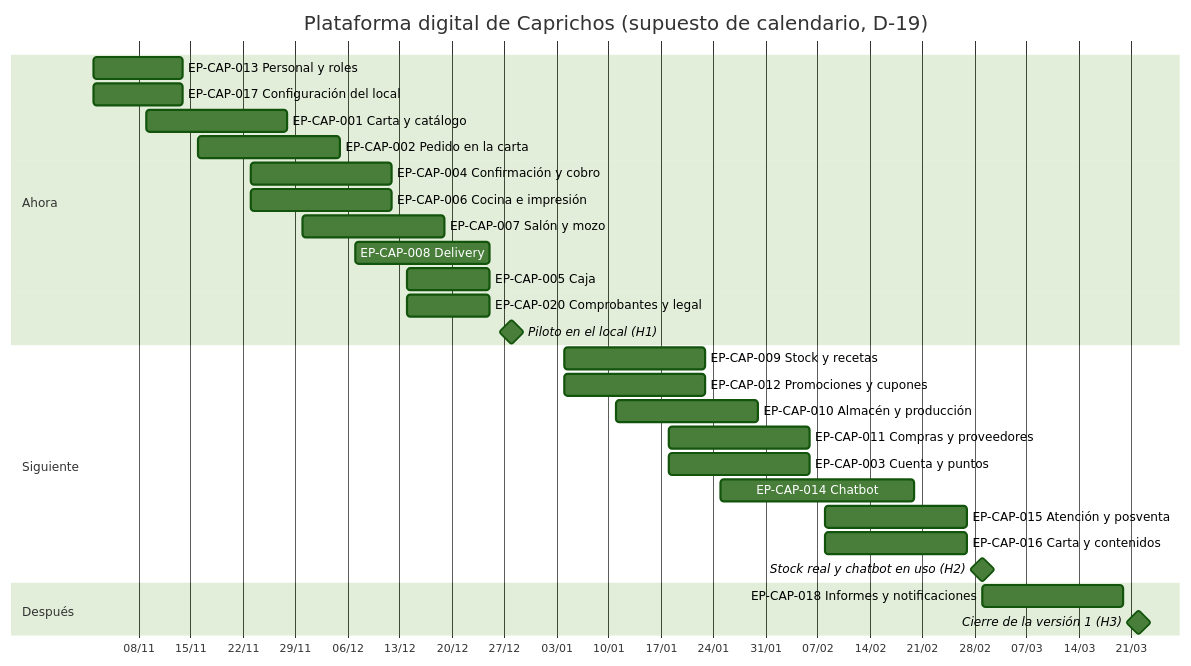
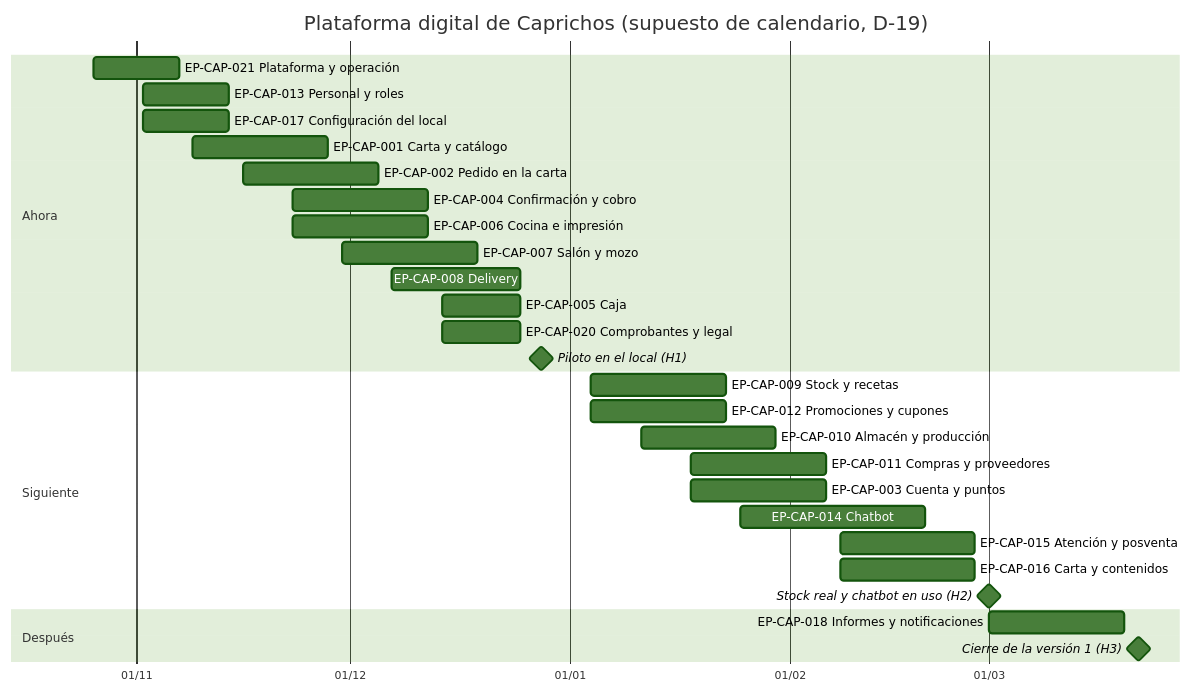
One commit to JoseEM26/caprichos changed the diagram in roadmap/PLT-01-roadmap.md. Above: the diagram before and after it, drawn with Mermaid (forest theme). The commit also changed other lines of this file and 78 other files, not shown here.

First line of the commit message:
Agrega la épica de plataforma y los documentos de operación

````diff
--- a/roadmap/PLT-01-roadmap.md
+++ b/roadmap/PLT-01-roadmap.md
@@ -55,31 +56,32 @@
 ```mermaid
 gantt
     title Plataforma digital de Caprichos (supuesto de calendario, D-19)
     dateFormat YYYY-MM-DD
     axisFormat %d/%m
     section Ahora
+    EP-CAP-021 Plataforma y operación      :a0, 2026-10-26, 12d
     EP-CAP-013 Personal y roles            :a1, 2026-11-02, 12d
     EP-CAP-017 Configuración del local     :a2, 2026-11-02, 12d
     EP-CAP-001 Carta y catálogo            :a3, 2026-11-09, 19d
     EP-CAP-002 Pedido en la carta          :a4, 2026-11-16, 19d
     EP-CAP-004 Confirmación y cobro        :a5, 2026-11-23, 19d
     EP-CAP-006 Cocina e impresión          :a6, 2026-11-23, 19d
     EP-CAP-007 Salón y mozo                :a7, 2026-11-30, 19d
     EP-CAP-008 Delivery                    :a8, 2026-12-07, 18d
     EP-CAP-005 Caja: apertura y cierre     :a9, 2026-12-14, 11d
     EP-CAP-020 Comprobantes y legal        :a10, 2026-12-14, 11d
     Piloto en el local (H1)                :milestone, h1, 2026-12-28, 0d
     section Siguiente
     EP-CAP-009 Stock y recetas             :b1, 2027-01-04, 19d
     EP-CAP-012 Promociones y cupones       :b2, 2027-01-04, 19d
     EP-CAP-010 Almacén y producción        :b3, 2027-01-11, 19d
     EP-CAP-011 Compras y proveedores       :b4, 2027-01-18, 19d
     EP-CAP-003 Cuenta y puntos             :b5, 2027-01-18, 19d
     EP-CAP-014 Chatbot: pedido y pago      :b6, 2027-01-25, 26d
     EP-CAP-015 Atención y posventa         :b7, 2027-02-08, 19d
     EP-CAP-016 Carta y contenidos          :b8, 2027-02-08, 19d
     Stock real y chatbot en uso (H2)       :milestone, h2, 2027-03-01, 0d
     section Después
     EP-CAP-018 Informes y notificaciones   :c1, 2027-03-01, 19d
     Cierre de la versión 1 (H3)            :milestone, h3, 2027-03-22, 0d
 ```
````
